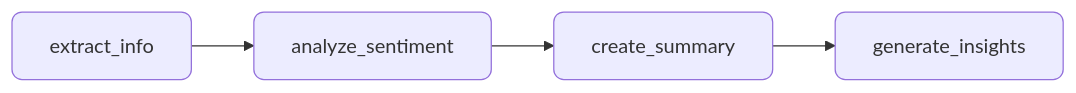
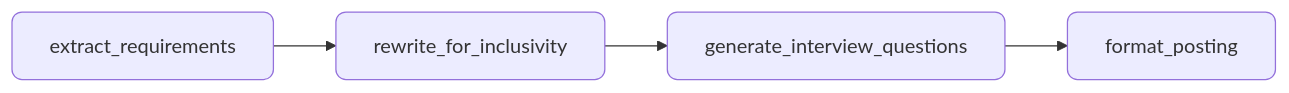
The first of 7 diagrams in docs.agent-actions/docs/guides/design-patterns.md (Muizzkolapo/agent-actions), drawn with Mermaid before and after one commit. The commit also changed other lines of this file and 69 other files, not shown here.

````diff
--- a/docs.agent-actions/docs/guides/design-patterns.md
+++ b/docs.agent-actions/docs/guides/design-patterns.md
@@ -26,6 +26,6 @@
 ```mermaid
 flowchart LR
-    A[extract_info] --> B[analyze_sentiment] --> C[create_summary] --> D[generate_insights]
+    A[extract_requirements] --> B[rewrite_for_inclusivity] --> C[generate_interview_questions] --> D[format_posting]
 
     classDef default rx:8,ry:8
 ```
````
